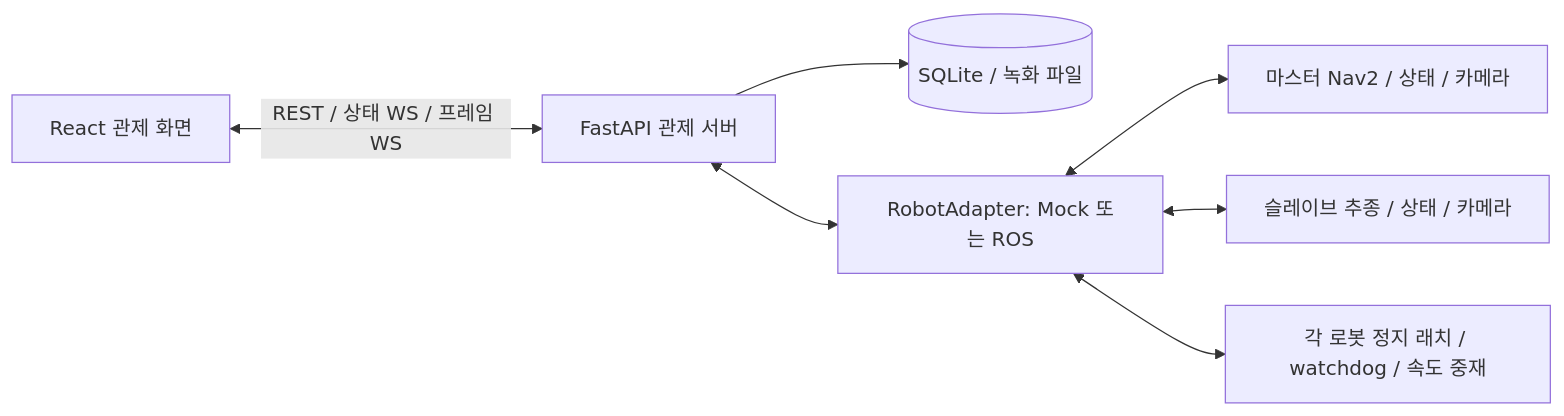
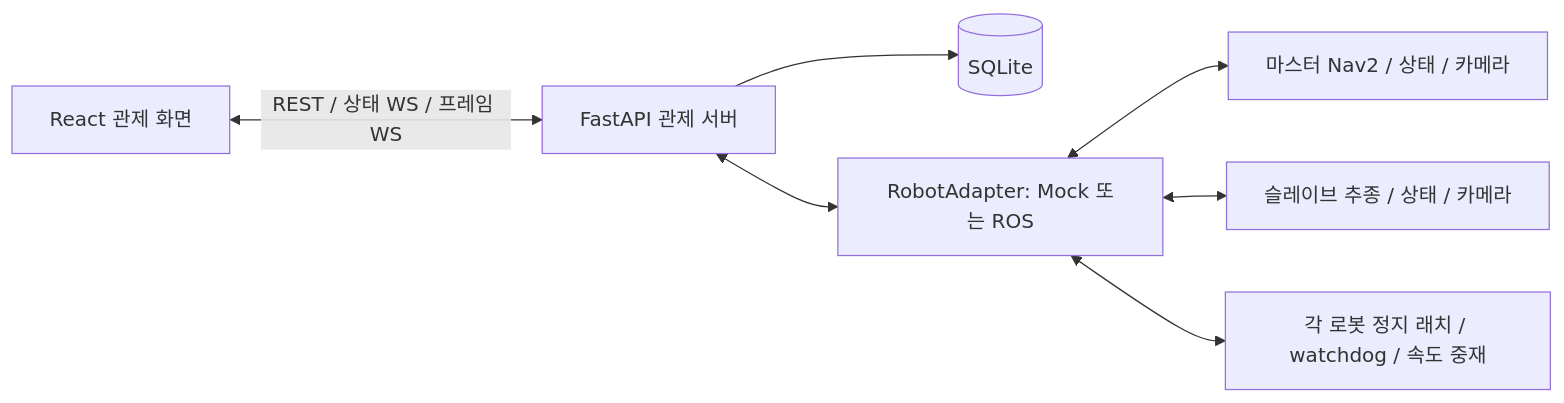
One commit to now2466/control-platform changed the diagram in docs/02-functional-spec.md. Above: the diagram before and after it, drawn with Mermaid. The commit also changed other lines of this file and 3 other files, not shown here.

````diff
--- a/docs/02-functional-spec.md
+++ b/docs/02-functional-spec.md
@@ -34,9 +34,9 @@
 ```mermaid
 flowchart LR
   UI[React 관제 화면] <-->|REST / 상태 WS / 프레임 WS| API[FastAPI 관제 서버]
-  API --> DB[(SQLite / 녹화 파일)]
+  API --> DB[(SQLite)]
   API <--> Adapter[RobotAdapter: Mock 또는 ROS]
   Adapter <--> M[마스터 Nav2 / 상태 / 카메라]
   Adapter <--> S[슬레이브 추종 / 상태 / 카메라]
   Adapter <--> G[각 로봇 정지 래치 / watchdog / 속도 중재]
 ```
````
